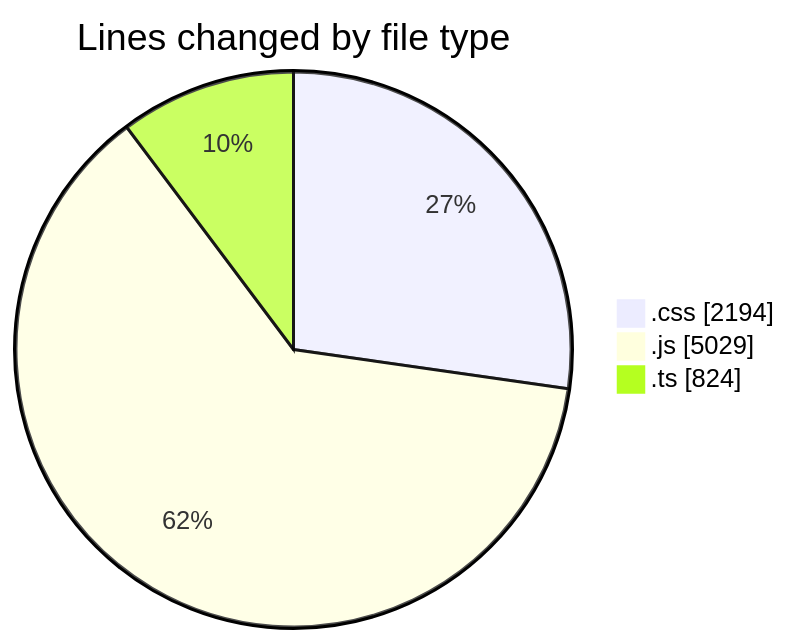
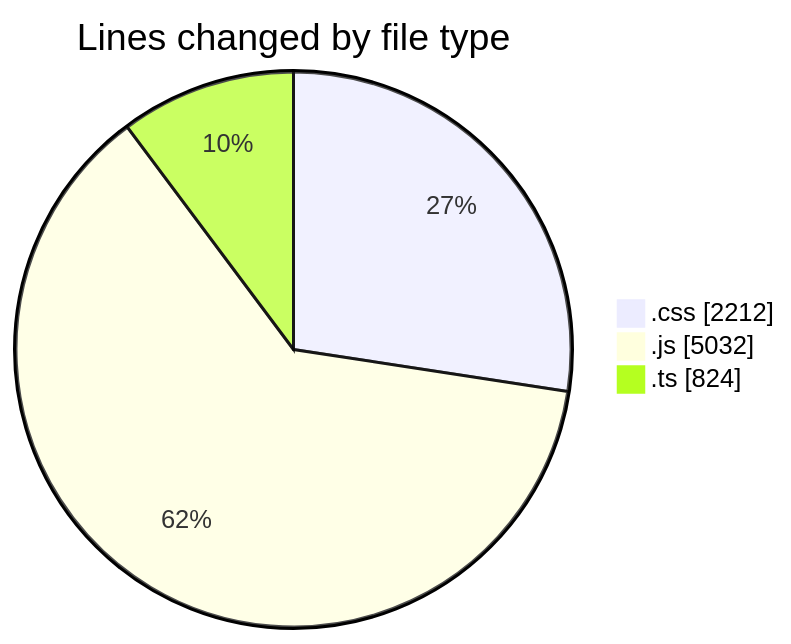
The first of 2 diagrams in 2026-04-24/darkwire/README.md (tmsrecording-cyber/code-tracking), drawn with Mermaid before and after one commit. The commit also changed other lines of this file and 1 other file, not shown here.

````diff
--- a/2026-04-24/darkwire/README.md
+++ b/2026-04-24/darkwire/README.md
@@ -30,7 +30,7 @@
 ```mermaid
 pie showData
 title Lines changed by file type
-".css" : 2194
-".js" : 5029
+".css" : 2212
+".js" : 5032
 ".ts" : 824
 ```
````
